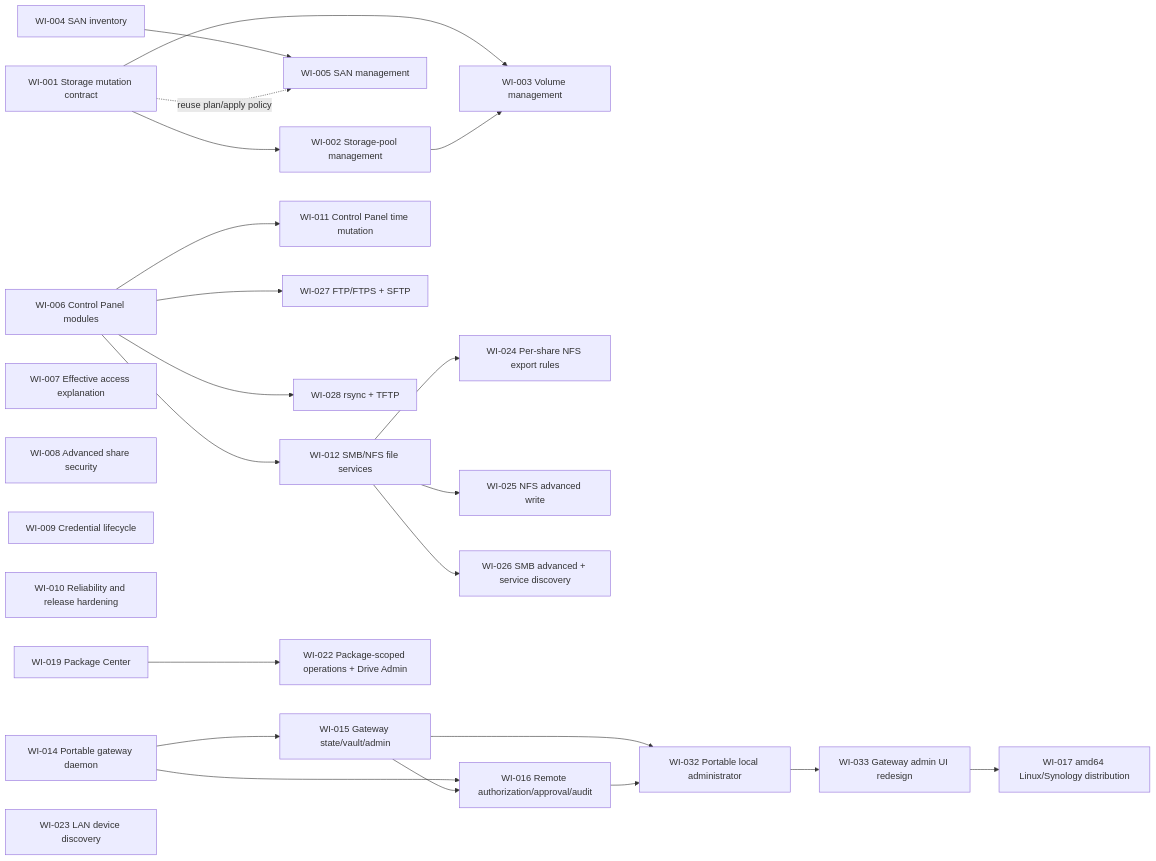
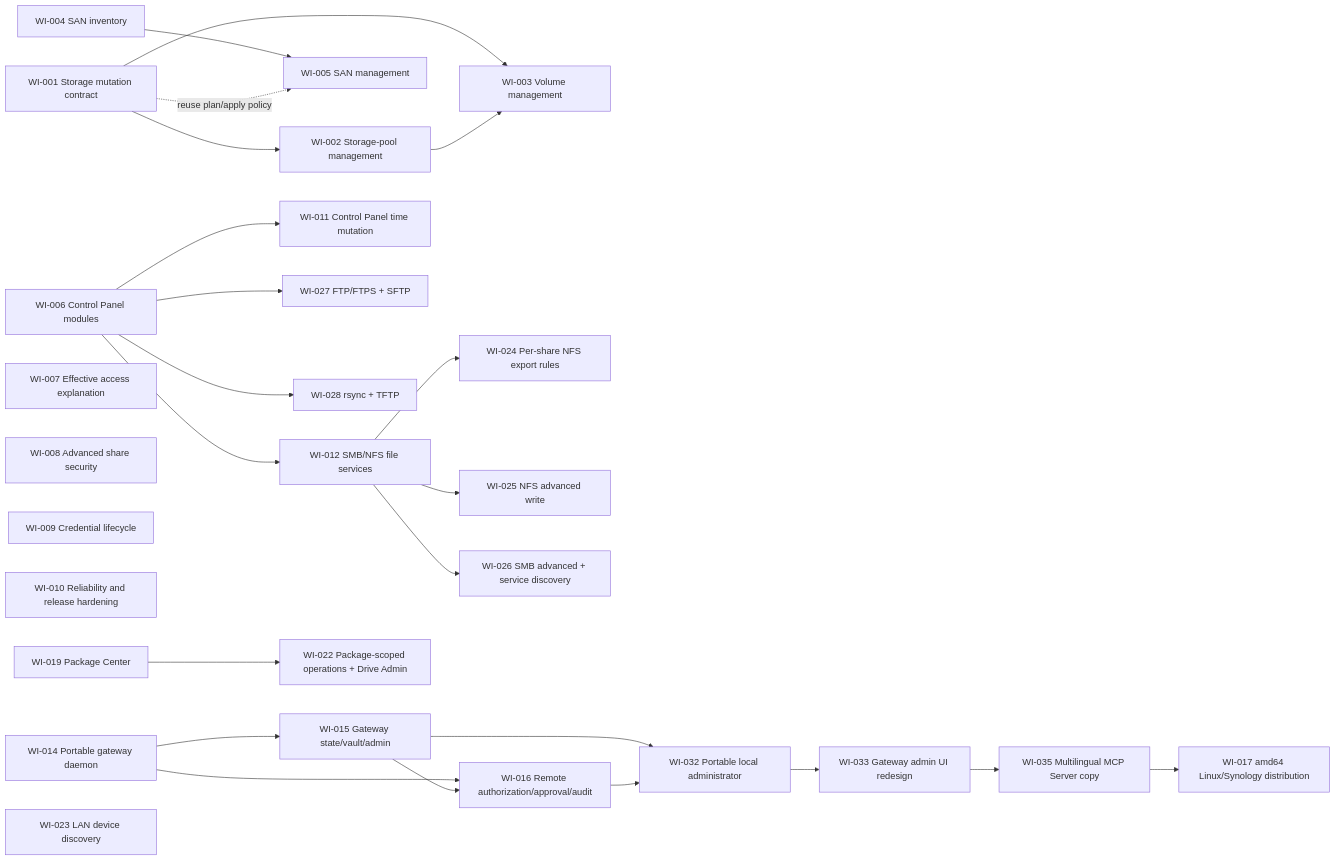
The diagram in spec/roadmap.md (ychiu1211/dsmctl), drawn with Mermaid before and after one commit. The commit also changed other lines of this file and 2 other files, not shown here.

Commit message:
Claim WI-034 multilingual MCP Server copy

````diff
--- a/spec/roadmap.md
+++ b/spec/roadmap.md
@@ -9,29 +9,30 @@
 ```mermaid
 flowchart LR
   WI001["WI-001 Storage mutation contract"] --> WI002["WI-002 Storage-pool management"]
   WI001 --> WI003["WI-003 Volume management"]
   WI002 --> WI003
   WI004["WI-004 SAN inventory"] --> WI005["WI-005 SAN management"]
   WI001 -. "reuse plan/apply policy" .-> WI005
   WI006["WI-006 Control Panel modules"]
   WI006 --> WI012["WI-012 SMB/NFS file services"]
   WI006 --> WI011["WI-011 Control Panel time mutation"]
   WI012 --> WI024["WI-024 Per-share NFS export rules"]
   WI012 --> WI025["WI-025 NFS advanced write"]
   WI012 --> WI026["WI-026 SMB advanced + service discovery"]
   WI006 --> WI027["WI-027 FTP/FTPS + SFTP"]
   WI006 --> WI028["WI-028 rsync + TFTP"]
   WI007["WI-007 Effective access explanation"]
   WI008["WI-008 Advanced share security"]
   WI009["WI-009 Credential lifecycle"]
   WI010["WI-010 Reliability and release hardening"]
   WI014["WI-014 Portable gateway daemon"] --> WI015["WI-015 Gateway state/vault/admin"]
   WI014 --> WI016["WI-016 Remote authorization/approval/audit"]
   WI015 --> WI016
   WI015 --> WI032["WI-032 Portable local administrator"]
   WI016 --> WI032
   WI032 --> WI033["WI-033 Gateway admin UI redesign"]
-  WI033 --> WI017["WI-017 amd64 Linux/Synology distribution"]
+  WI033 --> WI035["WI-035 Multilingual MCP Server copy"]
+  WI035 --> WI017["WI-017 amd64 Linux/Synology distribution"]
   WI019["WI-019 Package Center"] --> WI022["WI-022 Package-scoped operations + Drive Admin"]
   WI023["WI-023 LAN device discovery"]
 ```
````
